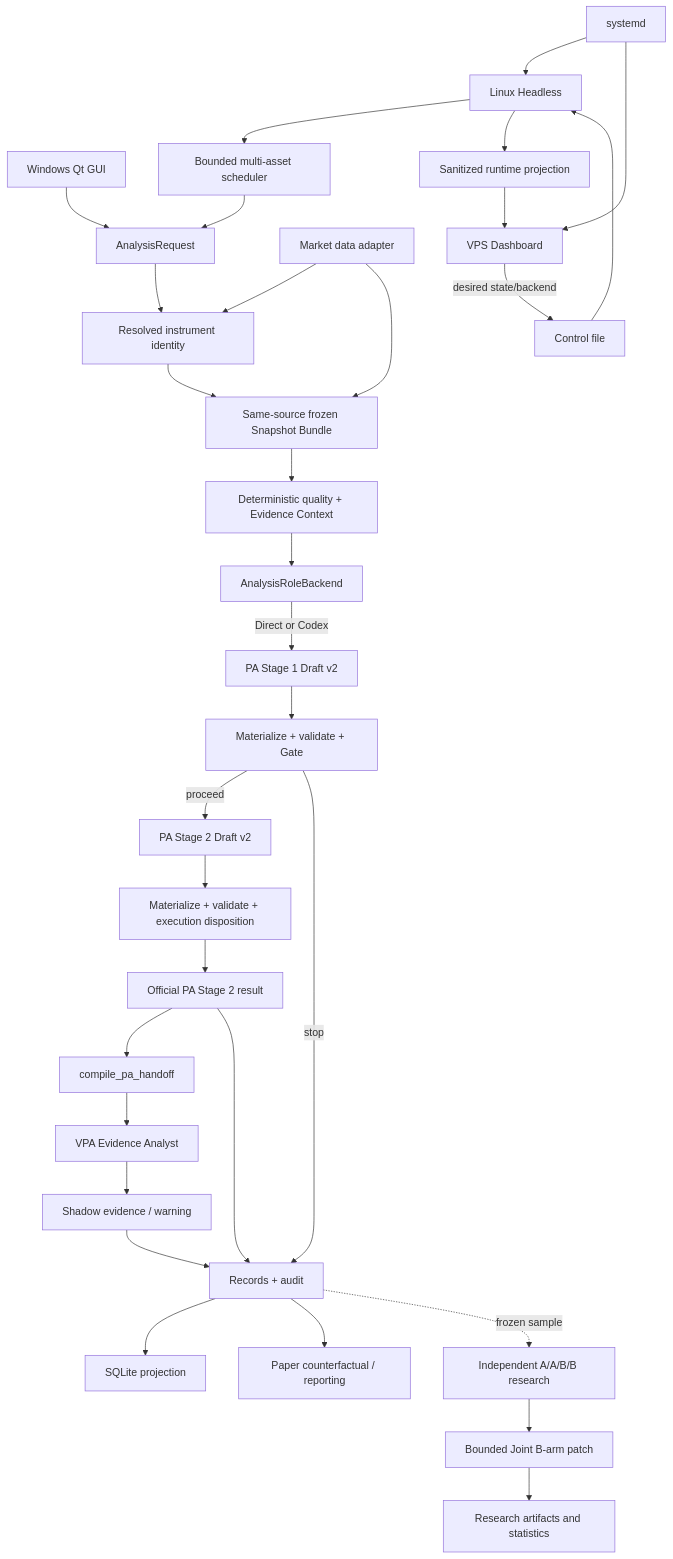
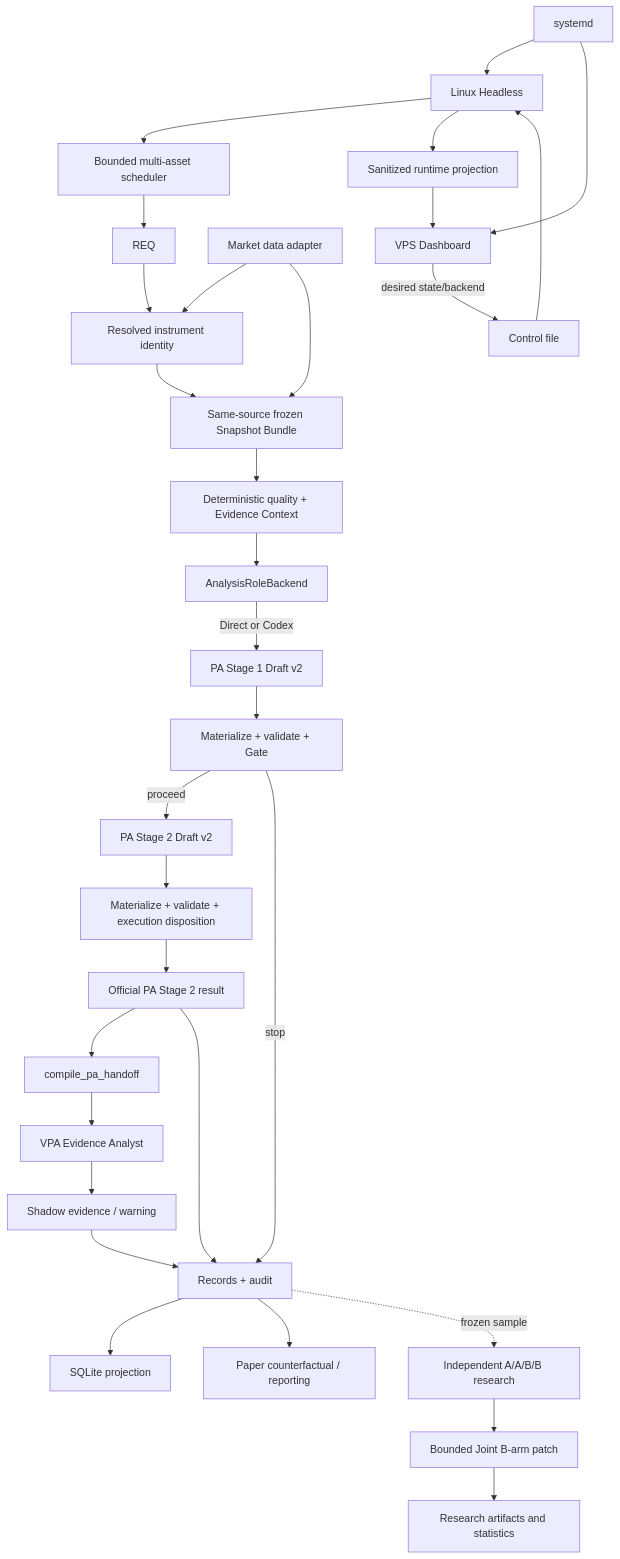
Before and after one commit to vincentlii/paagent_codex: the diagram in docs/knowledge/architecture-map.md, drawn with Mermaid. The commit also changed other lines of this file and 108 other files, not shown here.

````diff
--- a/docs/knowledge/architecture-map.md
+++ b/docs/knowledge/architecture-map.md
@@ -31,34 +34,33 @@
 ```mermaid
 flowchart TD
-    GUI[Windows Qt GUI] --> REQ[AnalysisRequest]
     HEAD[Linux Headless] --> SCHED[Bounded multi-asset scheduler]
     SCHED --> REQ
     DATA[Market data adapter] --> IDENT[Resolved instrument identity]
     REQ --> IDENT
     IDENT --> SNAP[Same-source frozen Snapshot Bundle]
     DATA --> SNAP
     SNAP --> FACTS[Deterministic quality + Evidence Context]
     FACTS --> BACKEND[AnalysisRoleBackend]
     BACKEND -->|Direct or Codex| S1[PA Stage 1 Draft v2]
     S1 --> M1[Materialize + validate + Gate]
     M1 -->|proceed| S2[PA Stage 2 Draft v2]
     M1 -->|stop| RECORD[Records + audit]
     S2 --> M2[Materialize + validate + execution disposition]
     M2 --> PA[Official PA Stage 2 result]
     PA --> HANDOFF[compile_pa_handoff]
     HANDOFF --> VPA[VPA Evidence Analyst]
     VPA --> SHADOW[Shadow evidence / warning]
     PA --> RECORD
     SHADOW --> RECORD
     RECORD --> SQLITE[SQLite projection]
     RECORD --> PAPER[Paper counterfactual / reporting]
     RECORD -. frozen sample .-> AABB[Independent A/A/B/B research]
     AABB --> JOINT[Bounded Joint B-arm patch]
     JOINT --> RSTORE[Research artifacts and statistics]
     HEAD --> PROJ[Sanitized runtime projection]
     DASH[VPS Dashboard] -->|desired state/backend| CTRL[Control file]
     CTRL --> HEAD
     PROJ --> DASH
     SYSTEMD[systemd] --> HEAD
     SYSTEMD --> DASH
 ```
````
